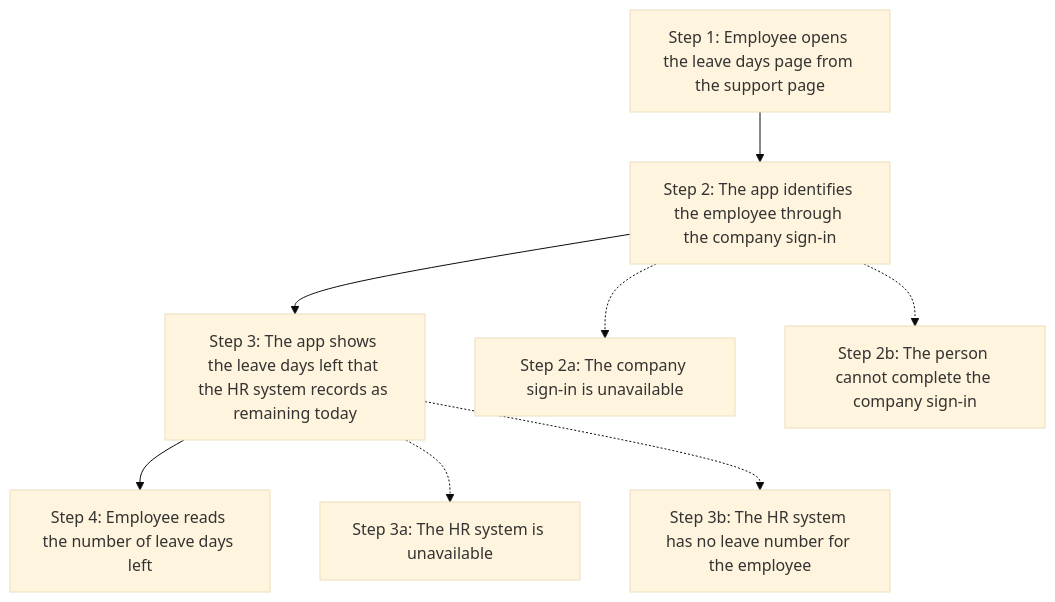
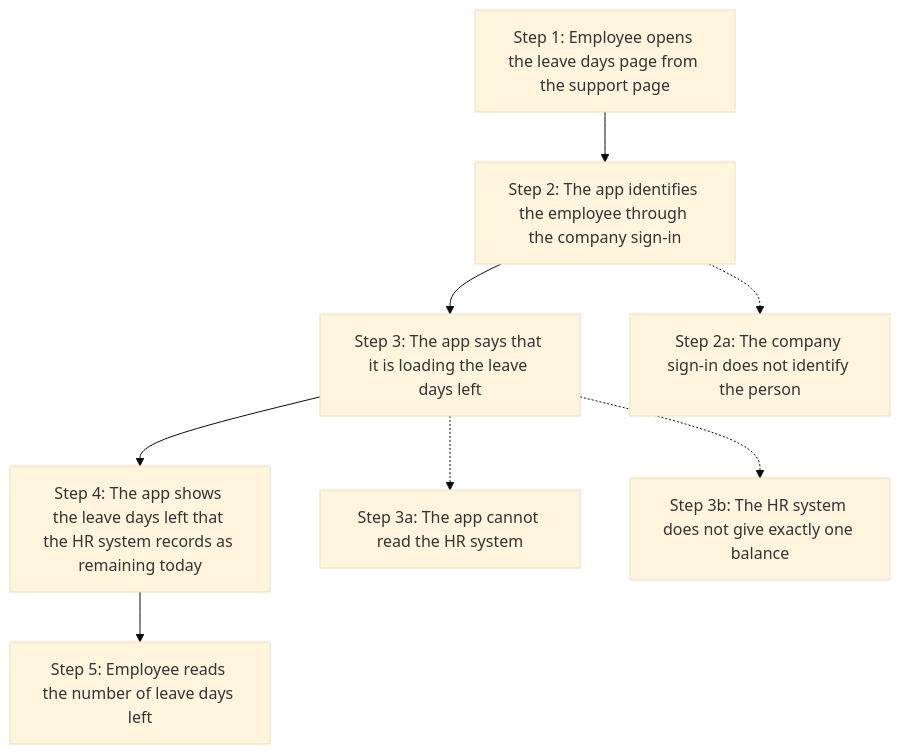
The fifth of 5 diagrams in zbrain-docs/requirements/user-journey.md (lhtshyamalshah/northstar-support-portal), drawn with Mermaid (base theme) before and after one commit. The commit also changed other lines of this file and 1 other file, not shown here.

First line of the commit message:
docs(requirements): add leave balance tracking page requirements

````diff
--- a/zbrain-docs/requirements/user-journey.md
+++ b/zbrain-docs/requirements/user-journey.md
@@ -153,10 +153,10 @@
 ```mermaid
 flowchart TD
   s1["Step 1: Employee opens the leave days page from the support page"] --> s2["Step 2: The app identifies the employee through the company sign-in"]
-  s2 --> s3["Step 3: The app shows the leave days left that the HR system records as remaining today"]
-  s3 --> s4["Step 4: Employee reads the number of leave days left"]
-  s2 -.-> x2a["Step 2a: The company sign-in is unavailable"]
-  s2 -.-> x2b["Step 2b: The person cannot complete the company sign-in"]
-  s3 -.-> x3a["Step 3a: The HR system is unavailable"]
-  s3 -.-> x3b["Step 3b: The HR system has no leave number for the employee"]
+  s2 --> s3["Step 3: The app says that it is loading the leave days left"]
+  s3 --> s4["Step 4: The app shows the leave days left that the HR system records as remaining today"]
+  s4 --> s5["Step 5: Employee reads the number of leave days left"]
+  s2 -.-> x2a["Step 2a: The company sign-in does not identify the person"]
+  s3 -.-> x3a["Step 3a: The app cannot read the HR system"]
+  s3 -.-> x3b["Step 3b: The HR system does not give exactly one balance"]
 ```
````
